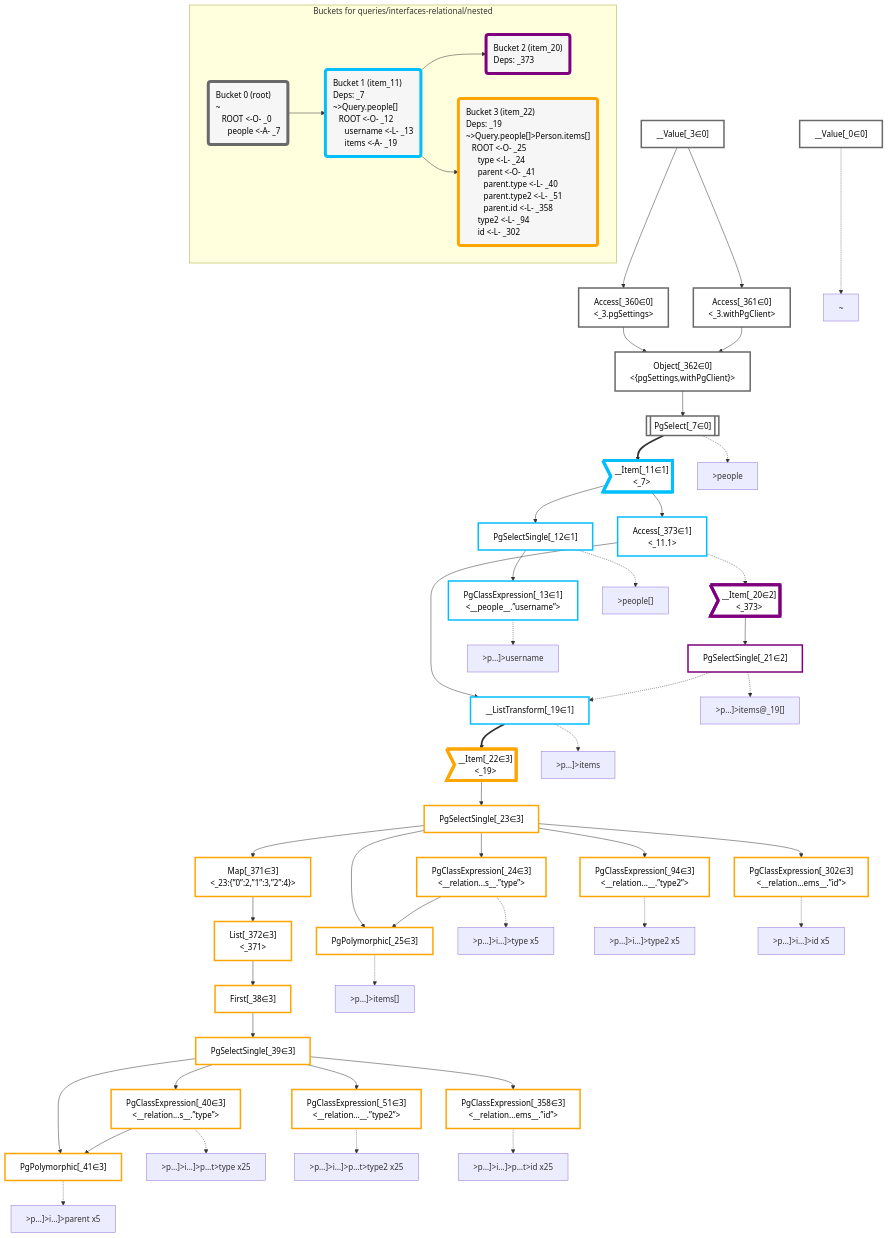
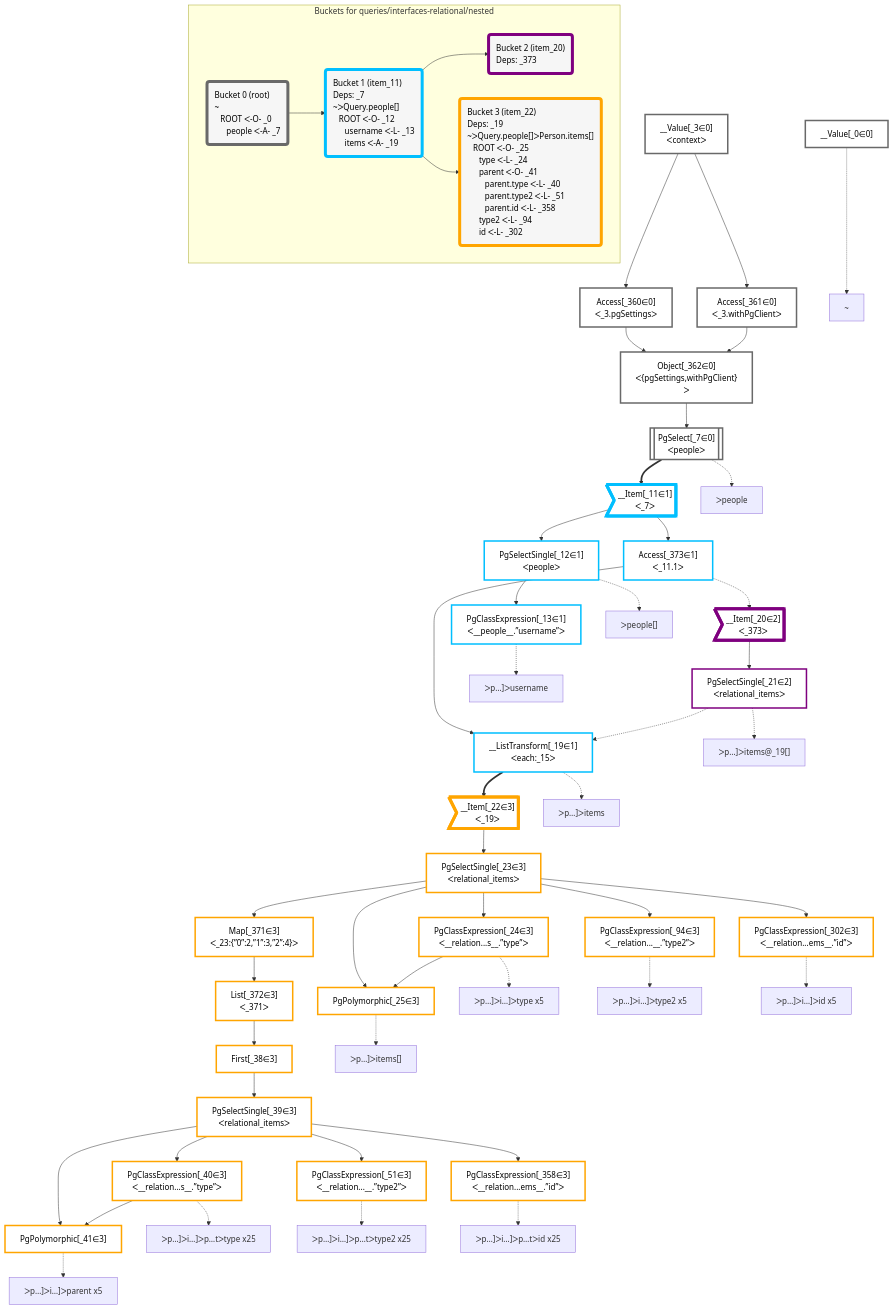
Before and after one commit to graphile/crystal: the diagram in packages/dataplan-pg/__tests__/queries/interfaces-relational/nested.mermaid.md, drawn with Mermaid. The commit also changed 195 other files, not shown here.

```diff
--- a/packages/dataplan-pg/__tests__/queries/interfaces-relational/nested.mermaid.md
+++ b/packages/dataplan-pg/__tests__/queries/interfaces-relational/nested.mermaid.md
@@ -9,32 +9,32 @@
 
     %% define plans
     __Value_0["__Value[_0∈0]"]:::plan
-    __Value_3["__Value[_3∈0]<br /><context>"]:::plan
-    PgSelect_7[["PgSelect[_7∈0]<br /><people>"]]:::plan
-    __Item_11>"__Item[_11∈1]<br /><_7>"]:::itemplan
-    PgSelectSingle_12["PgSelectSingle[_12∈1]<br /><people>"]:::plan
-    PgClassExpression_13["PgClassExpression[_13∈1]<br /><__people__.”username”>"]:::plan
-    __ListTransform_19["__ListTransform[_19∈1]<br /><each:_15>"]:::plan
-    __Item_20>"__Item[_20∈2]<br /><_373>"]:::itemplan
-    PgSelectSingle_21["PgSelectSingle[_21∈2]<br /><relational_items>"]:::plan
-    __Item_22>"__Item[_22∈3]<br /><_19>"]:::itemplan
-    PgSelectSingle_23["PgSelectSingle[_23∈3]<br /><relational_items>"]:::plan
-    PgClassExpression_24["PgClassExpression[_24∈3]<br /><__relation...s__.”type”>"]:::plan
+    __Value_3["__Value[_3∈0]<br />ᐸcontextᐳ"]:::plan
+    PgSelect_7[["PgSelect[_7∈0]<br />ᐸpeopleᐳ"]]:::plan
+    __Item_11>"__Item[_11∈1]<br />ᐸ_7ᐳ"]:::itemplan
+    PgSelectSingle_12["PgSelectSingle[_12∈1]<br />ᐸpeopleᐳ"]:::plan
+    PgClassExpression_13["PgClassExpression[_13∈1]<br />ᐸ__people__.”username”ᐳ"]:::plan
+    __ListTransform_19["__ListTransform[_19∈1]<br />ᐸeach:_15ᐳ"]:::plan
+    __Item_20>"__Item[_20∈2]<br />ᐸ_373ᐳ"]:::itemplan
+    PgSelectSingle_21["PgSelectSingle[_21∈2]<br />ᐸrelational_itemsᐳ"]:::plan
+    __Item_22>"__Item[_22∈3]<br />ᐸ_19ᐳ"]:::itemplan
+    PgSelectSingle_23["PgSelectSingle[_23∈3]<br />ᐸrelational_itemsᐳ"]:::plan
+    PgClassExpression_24["PgClassExpression[_24∈3]<br />ᐸ__relation...s__.”type”ᐳ"]:::plan
     PgPolymorphic_25["PgPolymorphic[_25∈3]"]:::plan
     First_38["First[_38∈3]"]:::plan
-    PgSelectSingle_39["PgSelectSingle[_39∈3]<br /><relational_items>"]:::plan
-    PgClassExpression_40["PgClassExpression[_40∈3]<br /><__relation...s__.”type”>"]:::plan
+    PgSelectSingle_39["PgSelectSingle[_39∈3]<br />ᐸrelational_itemsᐳ"]:::plan
+    PgClassExpression_40["PgClassExpression[_40∈3]<br />ᐸ__relation...s__.”type”ᐳ"]:::plan
     PgPolymorphic_41["PgPolymorphic[_41∈3]"]:::plan
-    PgClassExpression_51["PgClassExpression[_51∈3]<br /><__relation...__.”type2”>"]:::plan
-    PgClassExpression_94["PgClassExpression[_94∈3]<br /><__relation...__.”type2”>"]:::plan
-    PgClassExpression_302["PgClassExpression[_302∈3]<br /><__relation...ems__.”id”>"]:::plan
-    PgClassExpression_358["PgClassExpression[_358∈3]<br /><__relation...ems__.”id”>"]:::plan
-    Access_360["Access[_360∈0]<br /><_3.pgSettings>"]:::plan
-    Access_361["Access[_361∈0]<br /><_3.withPgClient>"]:::plan
-    Object_362["Object[_362∈0]<br /><{pgSettings,withPgClient}>"]:::plan
-    Map_371["Map[_371∈3]<br /><_23:{”0”:2,”1”:3,”2”:4}>"]:::plan
-    List_372["List[_372∈3]<br /><_371>"]:::plan
-    Access_373["Access[_373∈1]<br /><_11.1>"]:::plan
+    PgClassExpression_51["PgClassExpression[_51∈3]<br />ᐸ__relation...__.”type2”ᐳ"]:::plan
+    PgClassExpression_94["PgClassExpression[_94∈3]<br />ᐸ__relation...__.”type2”ᐳ"]:::plan
+    PgClassExpression_302["PgClassExpression[_302∈3]<br />ᐸ__relation...ems__.”id”ᐳ"]:::plan
+    PgClassExpression_358["PgClassExpression[_358∈3]<br />ᐸ__relation...ems__.”id”ᐳ"]:::plan
+    Access_360["Access[_360∈0]<br />ᐸ_3.pgSettingsᐳ"]:::plan
+    Access_361["Access[_361∈0]<br />ᐸ_3.withPgClientᐳ"]:::plan
+    Object_362["Object[_362∈0]<br />ᐸ{pgSettings,withPgClient}ᐳ"]:::plan
+    Map_371["Map[_371∈3]<br />ᐸ_23:{”0”:2,”1”:3,”2”:4}ᐳ"]:::plan
+    List_372["List[_372∈3]<br />ᐸ_371ᐳ"]:::plan
+    Access_373["Access[_373∈1]<br />ᐸ_11.1ᐳ"]:::plan
 
     %% plan dependencies
     Object_362 --> PgSelect_7
@@ -70,31 +70,31 @@
     %% plan-to-path relationships
     P_0["~"]
     __Value_0 -.-> P_0
-    P_7[">people"]
+    P_7["ᐳpeople"]
     PgSelect_7 -.-> P_7
-    P_12[">people[]"]
+    P_12["ᐳpeople[]"]
     PgSelectSingle_12 -.-> P_12
-    P_13[">p…]>username"]
+    P_13["ᐳp…]ᐳusername"]
     PgClassExpression_13 -.-> P_13
-    P_19[">p…]>items"]
+    P_19["ᐳp…]ᐳitems"]
     __ListTransform_19 -.-> P_19
-    P_21[">p…]>items@_19[]"]
+    P_21["ᐳp…]ᐳitems@_19[]"]
     PgSelectSingle_21 -.-> P_21
-    P_24[">p…]>i…]>type x5"]
+    P_24["ᐳp…]ᐳi…]ᐳtype x5"]
     PgClassExpression_24 -.-> P_24
-    P_25[">p…]>items[]"]
+    P_25["ᐳp…]ᐳitems[]"]
     PgPolymorphic_25 -.-> P_25
-    P_40[">p…]>i…]>p…t>type x25"]
+    P_40["ᐳp…]ᐳi…]ᐳp…tᐳtype x25"]
     PgClassExpression_40 -.-> P_40
-    P_41[">p…]>i…]>parent x5"]
+    P_41["ᐳp…]ᐳi…]ᐳparent x5"]
     PgPolymorphic_41 -.-> P_41
-    P_51[">p…]>i…]>p…t>type2 x25"]
+    P_51["ᐳp…]ᐳi…]ᐳp…tᐳtype2 x25"]
     PgClassExpression_51 -.-> P_51
-    P_94[">p…]>i…]>type2 x5"]
+    P_94["ᐳp…]ᐳi…]ᐳtype2 x5"]
     PgClassExpression_94 -.-> P_94
-    P_302[">p…]>i…]>id x5"]
+    P_302["ᐳp…]ᐳi…]ᐳid x5"]
     PgClassExpression_302 -.-> P_302
-    P_358[">p…]>i…]>p…t>id x25"]
+    P_358["ᐳp…]ᐳi…]ᐳp…tᐳid x25"]
     PgClassExpression_358 -.-> P_358
 
     %% allocate buckets
@@ -108,15 +108,15 @@
     class __Item_22,PgSelectSingle_23,PgClassExpression_24,PgPolymorphic_25,First_38,PgSelectSingle_39,PgClassExpression_40,PgPolymorphic_41,PgClassExpression_51,PgClassExpression_94,PgClassExpression_302,PgClassExpression_358,Map_371,List_372 bucket3
 
     subgraph "Buckets for queries/interfaces-relational/nested"
-    Bucket0("Bucket 0 (root)<br />~<br />⠀ROOT <-O- _0<br />⠀⠀people <-A- _7"):::bucket
+    Bucket0("Bucket 0 (root)<br />~<br />⠀ROOT ᐸ-O- _0<br />⠀⠀people ᐸ-A- _7"):::bucket
     style Bucket0 stroke:#696969
-    Bucket1("Bucket 1 (item_11)<br />Deps: _7<br />~>Query.people[]<br />⠀ROOT <-O- _12<br />⠀⠀username <-L- _13<br />⠀⠀items <-A- _19"):::bucket
+    Bucket1("Bucket 1 (item_11)<br />Deps: _7<br />~ᐳQuery.people[]<br />⠀ROOT ᐸ-O- _12<br />⠀⠀username ᐸ-L- _13<br />⠀⠀items ᐸ-A- _19"):::bucket
     style Bucket1 stroke:#00bfff
     Bucket0 --> Bucket1
     Bucket2("Bucket 2 (item_20)<br />Deps: _373"):::bucket
     style Bucket2 stroke:#7f007f
     Bucket1 --> Bucket2
-    Bucket3("Bucket 3 (item_22)<br />Deps: _19<br />~>Query.people[]>Person.items[]<br />⠀ROOT <-O- _25<br />⠀⠀type <-L- _24<br />⠀⠀parent <-O- _41<br />⠀⠀⠀parent.type <-L- _40<br />⠀⠀⠀parent.type2 <-L- _51<br />⠀⠀⠀parent.id <-L- _358<br />⠀⠀type2 <-L- _94<br />⠀⠀id <-L- _302"):::bucket
+    Bucket3("Bucket 3 (item_22)<br />Deps: _19<br />~ᐳQuery.people[]ᐳPerson.items[]<br />⠀ROOT ᐸ-O- _25<br />⠀⠀type ᐸ-L- _24<br />⠀⠀parent ᐸ-O- _41<br />⠀⠀⠀parent.type ᐸ-L- _40<br />⠀⠀⠀parent.type2 ᐸ-L- _51<br />⠀⠀⠀parent.id ᐸ-L- _358<br />⠀⠀type2 ᐸ-L- _94<br />⠀⠀id ᐸ-L- _302"):::bucket
     style Bucket3 stroke:#ffa500
     Bucket1 --> Bucket3
     end
```
